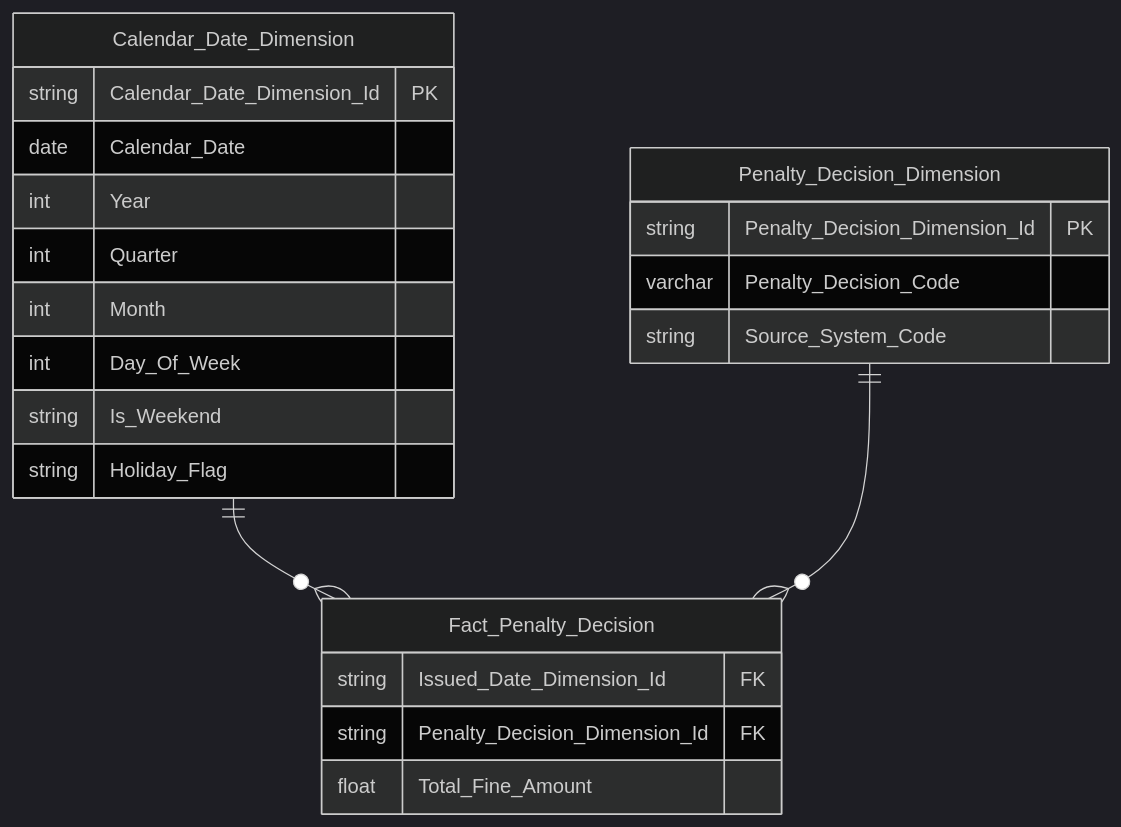
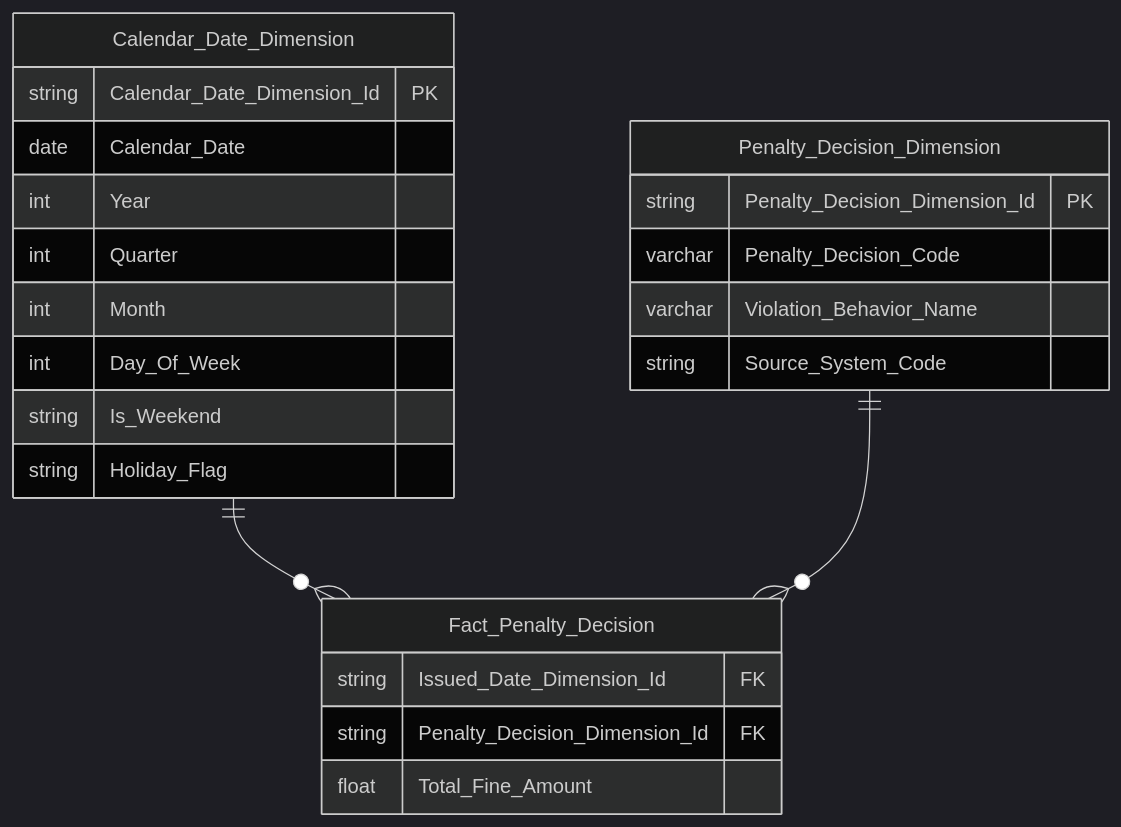
One commit to linhlvit/ubck_atomic_design changed diagram 37 of 54 in Datamart/hld/DTM_TT_HLD.md. Above: the diagram before and after it, drawn with Mermaid (dark theme). The commit also changed other lines of this file and 16 other files, not shown here.

````diff
--- a/Datamart/hld/DTM_TT_HLD.md
+++ b/Datamart/hld/DTM_TT_HLD.md
@@ -1442,25 +1442,26 @@
 ```mermaid
 erDiagram
     Calendar_Date_Dimension ||--o{ Fact_Penalty_Decision : " "
     Penalty_Decision_Dimension ||--o{ Fact_Penalty_Decision : " "
     Fact_Penalty_Decision {
         string Issued_Date_Dimension_Id FK
         string Penalty_Decision_Dimension_Id FK
         float Total_Fine_Amount
     }
     Calendar_Date_Dimension {
         string Calendar_Date_Dimension_Id PK
         date Calendar_Date
         int Year
         int Quarter
         int Month
         int Day_Of_Week
         string Is_Weekend
         string Holiday_Flag
     }
     Penalty_Decision_Dimension {
         string Penalty_Decision_Dimension_Id PK
         varchar Penalty_Decision_Code
+        varchar Violation_Behavior_Name
         string Source_System_Code
     }
 ```
````
